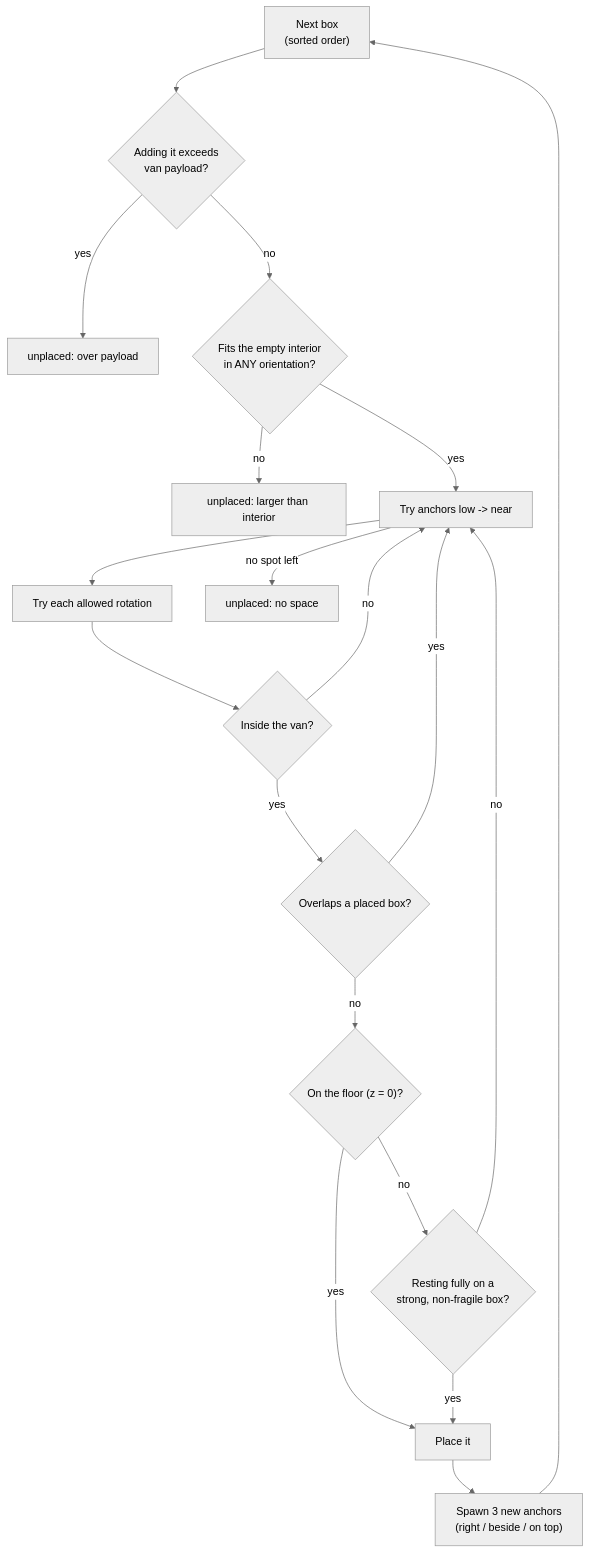
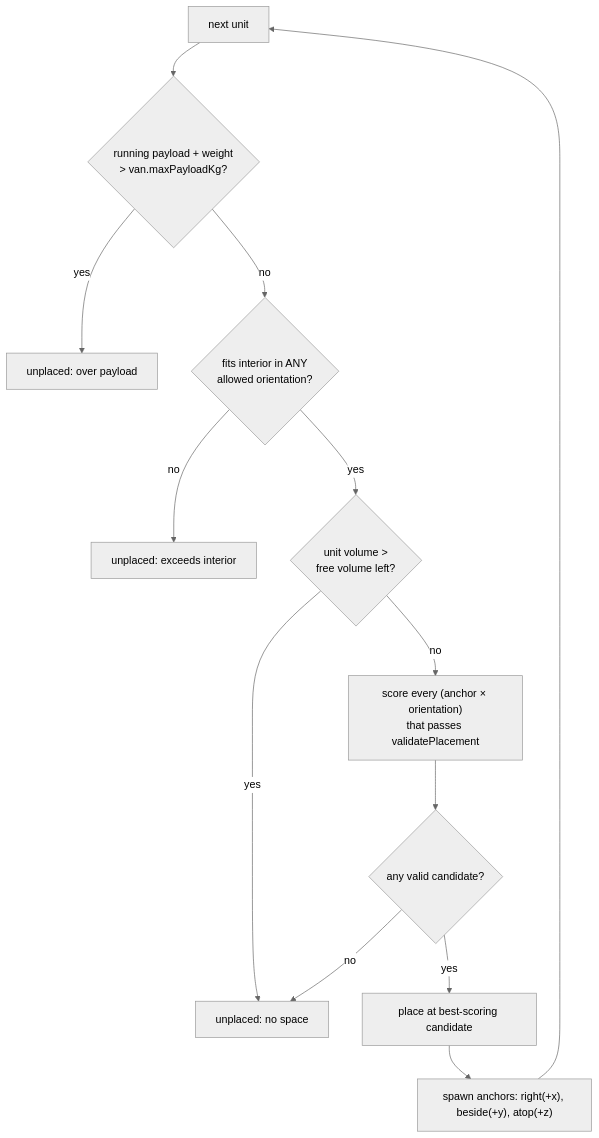
One commit to theShafCodes/logiVShaf changed the second of 4 diagrams in shafs/docs/stage3-explained.md. Above: the diagram before and after it, drawn with Mermaid (neutral theme). The commit also changed other lines of this file and 60 other files, not shown here.

````diff
--- a/shafs/docs/stage3-explained.md
+++ b/shafs/docs/stage3-explained.md
@@ -209,21 +134,15 @@
 ```mermaid
 flowchart TD
-    A["Next box<br/>(sorted order)"] --> WGT{"Adding it exceeds<br/>van payload?"}
-    WGT -- "yes" --> UP1["unplaced: over payload"]
-    WGT -- "no" --> FIT{"Fits the empty interior<br/>in ANY orientation?"}
-    FIT -- "no" --> UP2["unplaced: larger than interior"]
-    FIT -- "yes" --> ANCH["Try anchors low -> near"]
-    ANCH --> ROT["Try each allowed rotation"]
-    ROT --> C1{"Inside the van?"}
-    C1 -- "no" --> ANCH
-    C1 -- "yes" --> C2{"Overlaps a placed box?"}
-    C2 -- "yes" --> ANCH
-    C2 -- "no" --> C3{"On the floor (z = 0)?"}
-    C3 -- "yes" --> PLACE["Place it"]
-    C3 -- "no" --> SUP{"Resting fully on a<br/>strong, non-fragile box?"}
-    SUP -- "no" --> ANCH
-    SUP -- "yes" --> PLACE
-    ANCH -- "no spot left" --> UP3["unplaced: no space"]
-    PLACE --> SPAWN["Spawn 3 new anchors<br/>(right / beside / on top)"]
+    A["next unit"] --> WGT{"running payload + weight<br/>> van.maxPayloadKg?"}
+    WGT -- yes --> U1["unplaced: over payload"]
+    WGT -- no --> FIT{"fits interior in ANY<br/>allowed orientation?"}
+    FIT -- no --> U2["unplaced: exceeds interior"]
+    FIT -- yes --> VOL{"unit volume ><br/>free volume left?"}
+    VOL -- yes --> U3["unplaced: no space"]
+    VOL -- no --> SCAN["score every (anchor × orientation)<br/>that passes validatePlacement"]
+    SCAN --> PICK{"any valid candidate?"}
+    PICK -- no --> U3
+    PICK -- yes --> PLACE["place at best-scoring candidate"]
+    PLACE --> SPAWN["spawn anchors: right(+x), beside(+y), atop(+z)"]
     SPAWN --> A
 ```
````
